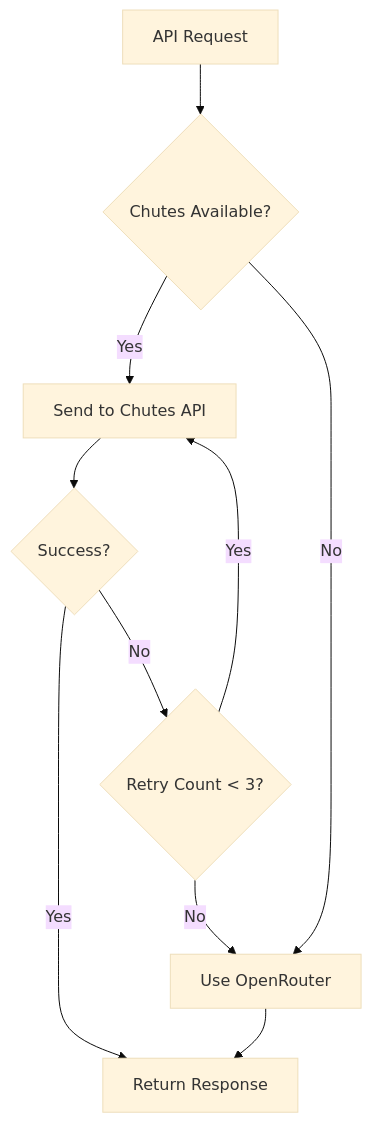
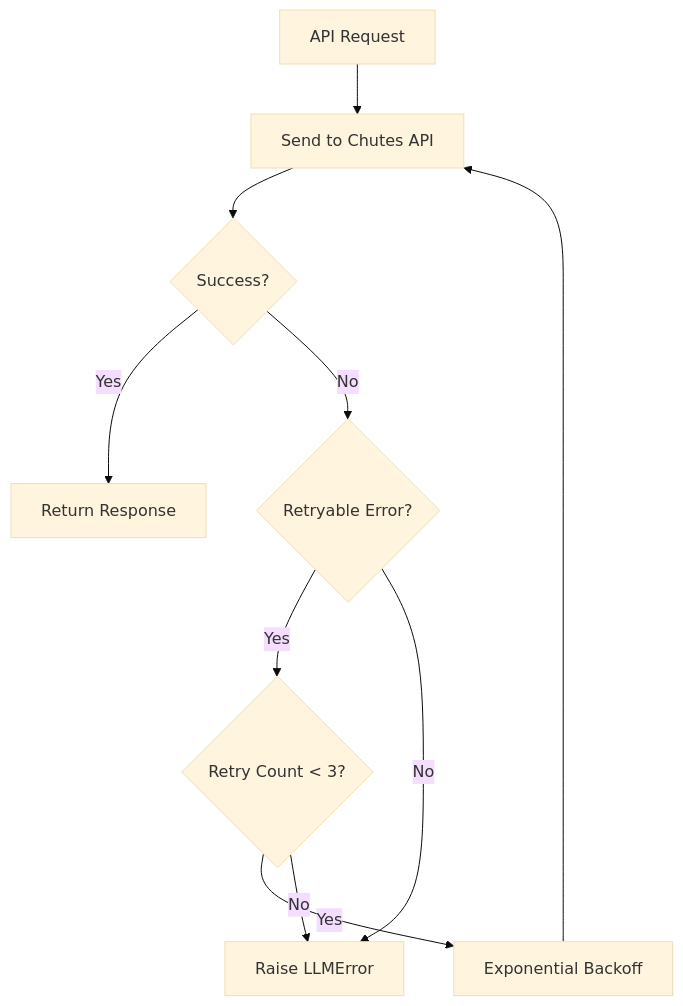
Before and after one commit to PlatformNetwork/baseagent: the second of 2 diagrams in docs/chutes-integration.md, drawn with Mermaid (base theme). The commit also changed other lines of this file and 10 other files, not shown here.

````diff
--- a/docs/chutes-integration.md
+++ b/docs/chutes-integration.md
@@ -207,15 +193,15 @@
 ```mermaid
 flowchart TB
-    Start[API Request] --> Check{Chutes Available?}
+    Start[API Request] --> Send[Send to Chutes API]
+    Send --> Success{Success?}
+    Success -->|Yes| Done[Return Response]
+    Success -->|No| Check{Retryable Error?}
     
-    Check -->|Yes| Chutes[Send to Chutes API]
-    Chutes --> Success{Success?}
-    Success -->|Yes| Done[Return Response]
-    Success -->|No| Retry{Retry Count < 3?}
+    Check -->|Yes| Retry{Retry Count < 3?}
+    Check -->|No| Fail[Raise LLMError]
     
-    Retry -->|Yes| Chutes
-    Retry -->|No| Fallback[Use OpenRouter]
+    Retry -->|Yes| Wait[Exponential Backoff]
+    Retry -->|No| Fail
     
-    Check -->|No| Fallback
-    Fallback --> Done
+    Wait --> Send
 ```
````
